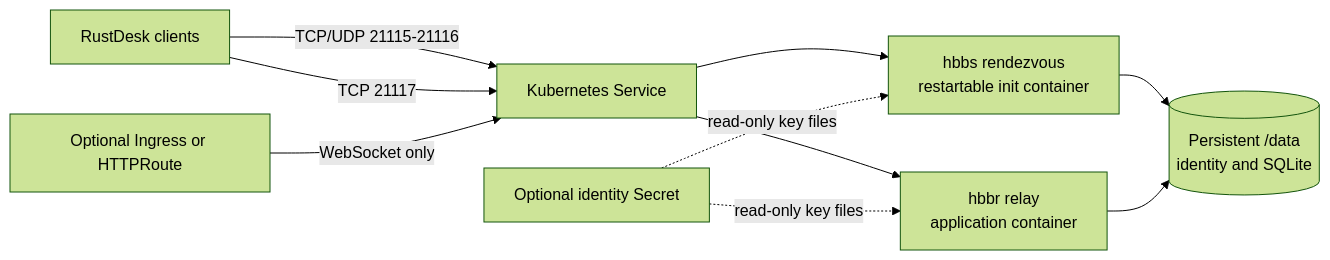
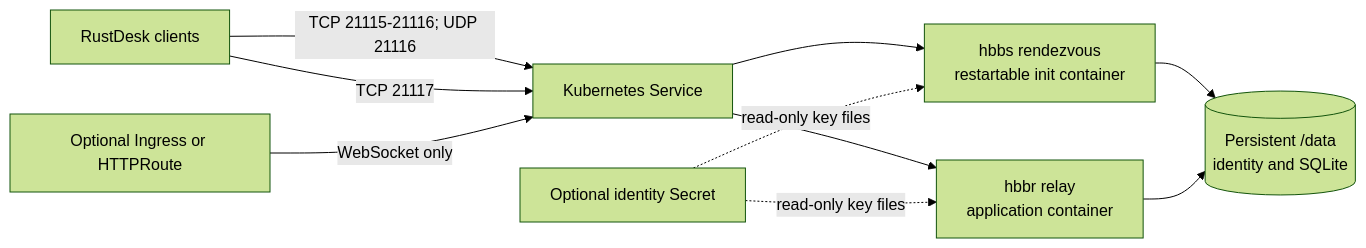
The diagram in charts/rustdesk-server/DESIGN.md (helmforgedev/charts), drawn with Mermaid (forest theme) before and after one commit. The commit also changed other lines of this file and 4 other files, not shown here.

````diff
--- a/charts/rustdesk-server/DESIGN.md
+++ b/charts/rustdesk-server/DESIGN.md
@@ -17,12 +17,12 @@
 ```mermaid
 flowchart LR
-  Client["RustDesk clients"] -->|"TCP/UDP 21115-21116"| Service["Kubernetes Service"]
+  Client["RustDesk clients"] -->|"TCP 21115-21116; UDP 21116"| Service["Kubernetes Service"]
   Client -->|"TCP 21117"| Service
   Service --> HBBS["hbbs rendezvous<br/>restartable init container"]
   Service --> HBBR["hbbr relay<br/>application container"]
   HBBS --> Data[("Persistent /data<br/>identity and SQLite")]
   HBBR --> Data
   Secret["Optional identity Secret"] -.->|"read-only key files"| HBBS
   Secret -.->|"read-only key files"| HBBR
   Ingress["Optional Ingress or HTTPRoute"] -->|"WebSocket only"| Service
 ```
````
